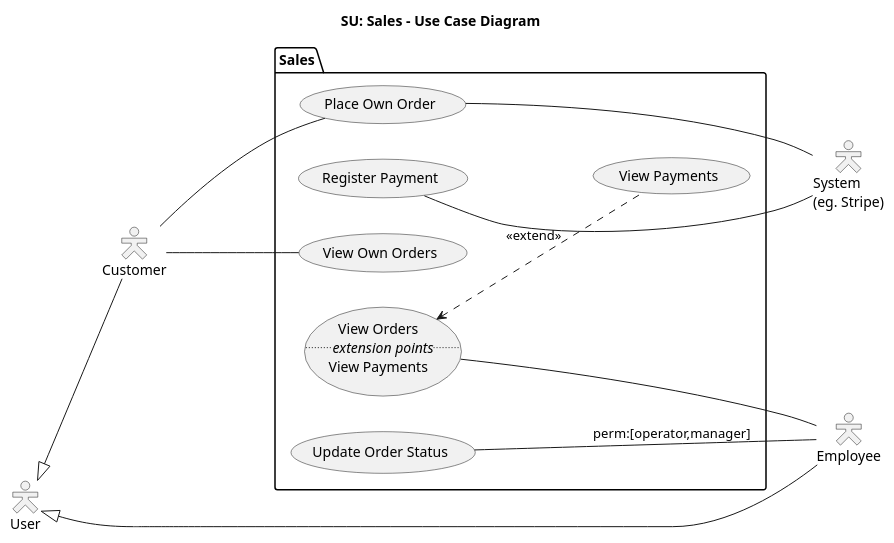
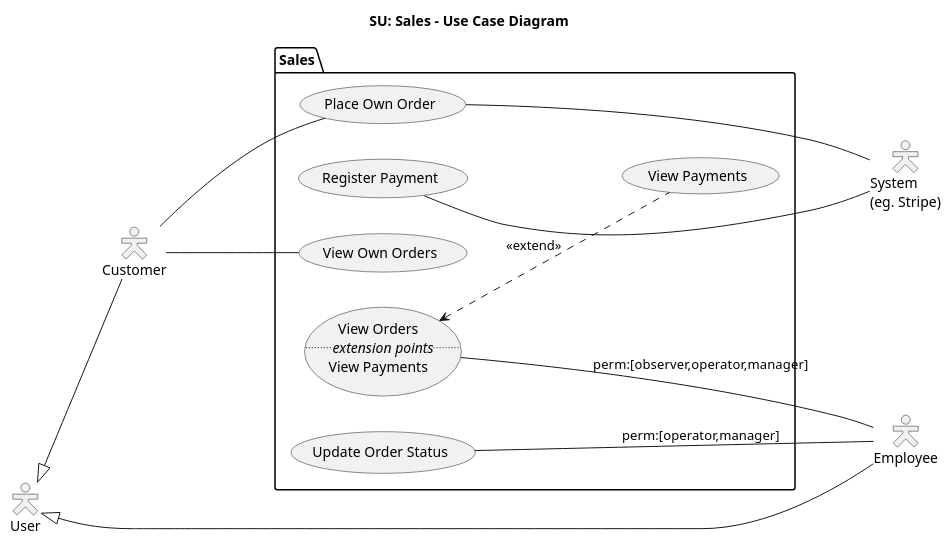
One commit to draganovik/matterway changed the diagram in docs/diagrams/use-case-sales.puml. Above: the diagram before and after it, drawn with PlantUML. The commit also changed 56 other files, not shown here.

```diff
--- a/docs/diagrams/use-case-sales.puml
+++ b/docs/diagrams/use-case-sales.puml
@@ -1,39 +1,39 @@
 @startuml SUSalesUseCaseDiagram
 title SU: Sales - Use Case Diagram
 left to right direction
 skinparam shadowing false
 skinparam actorStyle hollow
 
 actor user as "User"
 actor csmr as "Customer"
 actor empl as "Employee"
 
 user <|-- csmr
 user <|-- empl
 
 actor systm as "System\n(eg. Stripe)"
 
 package "Sales" {
   usecase placeOwnOrder as "Place Own Order"
   usecase viewOwnOrders as "View Own Orders"
 
   usecase viewOrders as "View Orders
                          ..<i>extension points</i>..
                          View Payments"
   usecase viewPayments as "View Payments"
   usecase updateOrderStatus as "Update Order Status"
 
   usecase registerPayment as "Register Payment"
 
   viewPayments .up.> viewOrders : <<extend>>
 }
 
 csmr --- placeOwnOrder
 csmr --- viewOwnOrders
 
 updateOrderStatus --- empl : perm:[operator,manager]
-viewOrders --- empl
+viewOrders --- empl : perm:[observer,operator,manager]
 placeOwnOrder --- systm
 
 registerPayment --- systm
 @enduml
```
